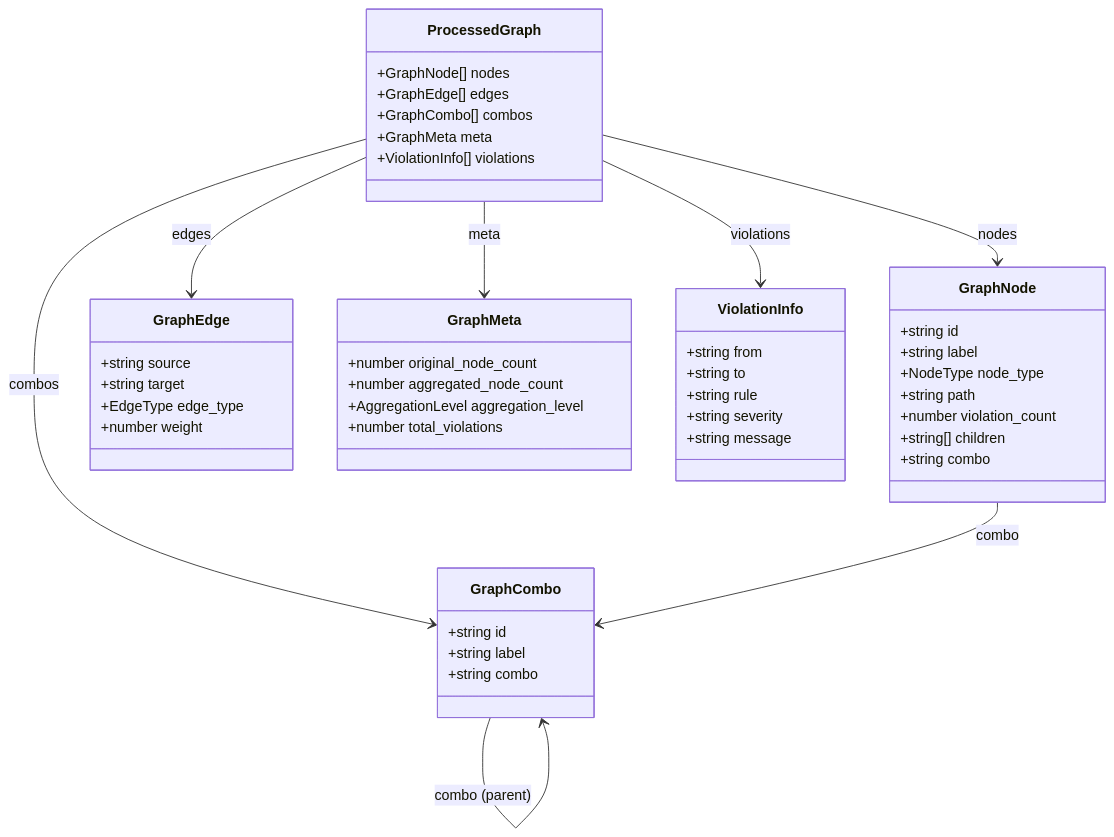
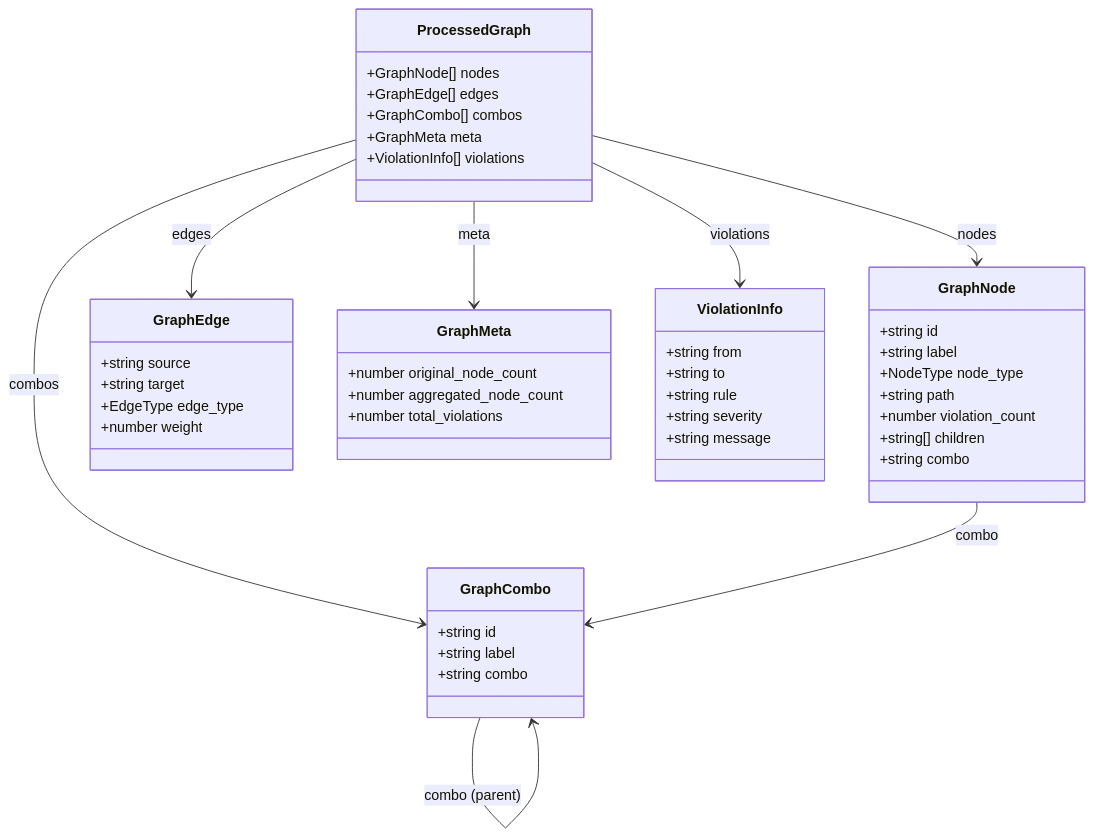
The first of 2 diagrams in docs/backend/data-structures.md (fisher-89/dependency-cruiser-reporter), drawn with Mermaid before and after one commit. The commit also changed other lines of this file and 25 other files, not shown here.

First line of the commit message:
refactor: remove AggregationLevel type and migrate e2e tests to TypeScript

````diff
--- a/docs/backend/data-structures.md
+++ b/docs/backend/data-structures.md
@@ -7,56 +7,55 @@
 ```mermaid
 classDiagram
     class ProcessedGraph {
         +GraphNode[] nodes
         +GraphEdge[] edges
         +GraphCombo[] combos
         +GraphMeta meta
         +ViolationInfo[] violations
     }
 
     class GraphNode {
         +string id
         +string label
         +NodeType node_type
         +string path
         +number violation_count
         +string[] children
         +string combo
     }
 
     class GraphEdge {
         +string source
         +string target
         +EdgeType edge_type
         +number weight
     }
 
     class GraphCombo {
         +string id
         +string label
         +string combo
     }
 
     class GraphMeta {
         +number original_node_count
         +number aggregated_node_count
-        +AggregationLevel aggregation_level
         +number total_violations
     }
 
     class ViolationInfo {
         +string from
         +string to
         +string rule
         +string severity
         +string message
     }
 
     ProcessedGraph --> GraphNode : nodes
     ProcessedGraph --> GraphEdge : edges
     ProcessedGraph --> GraphCombo : combos
     ProcessedGraph --> GraphMeta : meta
     ProcessedGraph --> ViolationInfo : violations
     GraphNode --> GraphCombo : combo
     GraphCombo --> GraphCombo : combo (parent)
 ```
````
